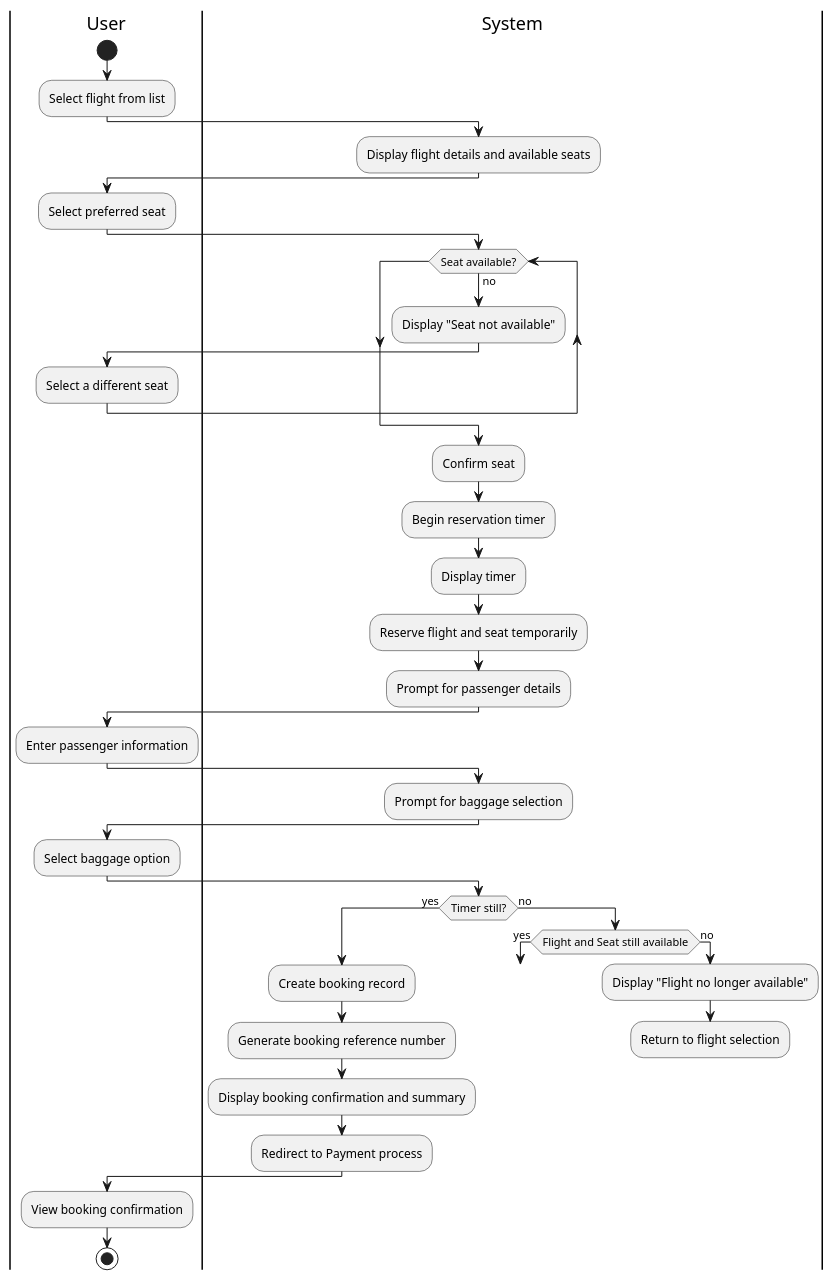
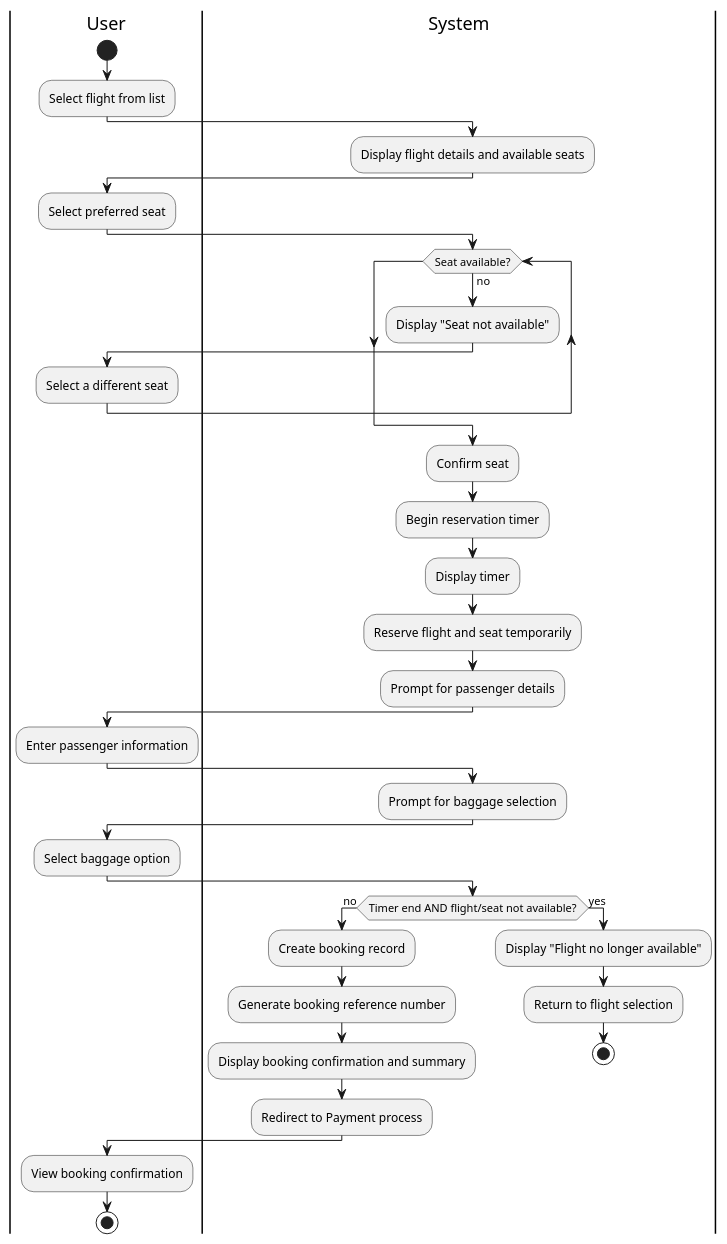
The diagram in docs/diagrams/activity/booking_activity.puml (camdnnn/614-Project), drawn with PlantUML before and after one commit.

Commit message:
Simplify conditions in booking activity diagram
Refactor booking activity diagram to simplify conditions.

```diff
--- a/docs/diagrams/activity/booking_activity.puml
+++ b/docs/diagrams/activity/booking_activity.puml
@@ -1,57 +1,52 @@
 @startuml
 |User|
 start
 :Select flight from list;
 
 |System|
 :Display flight details and available seats;
 
 |User|
 :Select preferred seat;
 
 |System|
 while (Seat available?) is (no)
   :Display "Seat not available";
   |User|
   :Select a different seat;
   |System|
 endwhile
 
 |System|
 :Confirm seat;
 :Begin reservation timer;
 :Display timer;
 :Reserve flight and seat temporarily;
 :Prompt for passenger details;
 
 |User|
 :Enter passenger information;
 
 |System|
 :Prompt for baggage selection;
 
 |User|
 :Select baggage option;
 
 |System|
-if (Timer still?) then (yes)
-  label Continue 
+if (Timer end AND flight/seat not available?) then (no)
   :Create booking record;
   :Generate booking reference number;
   :Display booking confirmation and summary;
   :Redirect to Payment process;
-else (no)
-  if (Flight and Seat still available) then (yes)
-  goto Continue
-  else (no)
+else (yes)
   :Display "Flight no longer available";
   :Return to flight selection;
-  detach
-  endif
+  stop
 endif
 
 |User|
 :View booking confirmation;
 
 stop
 @enduml
```
